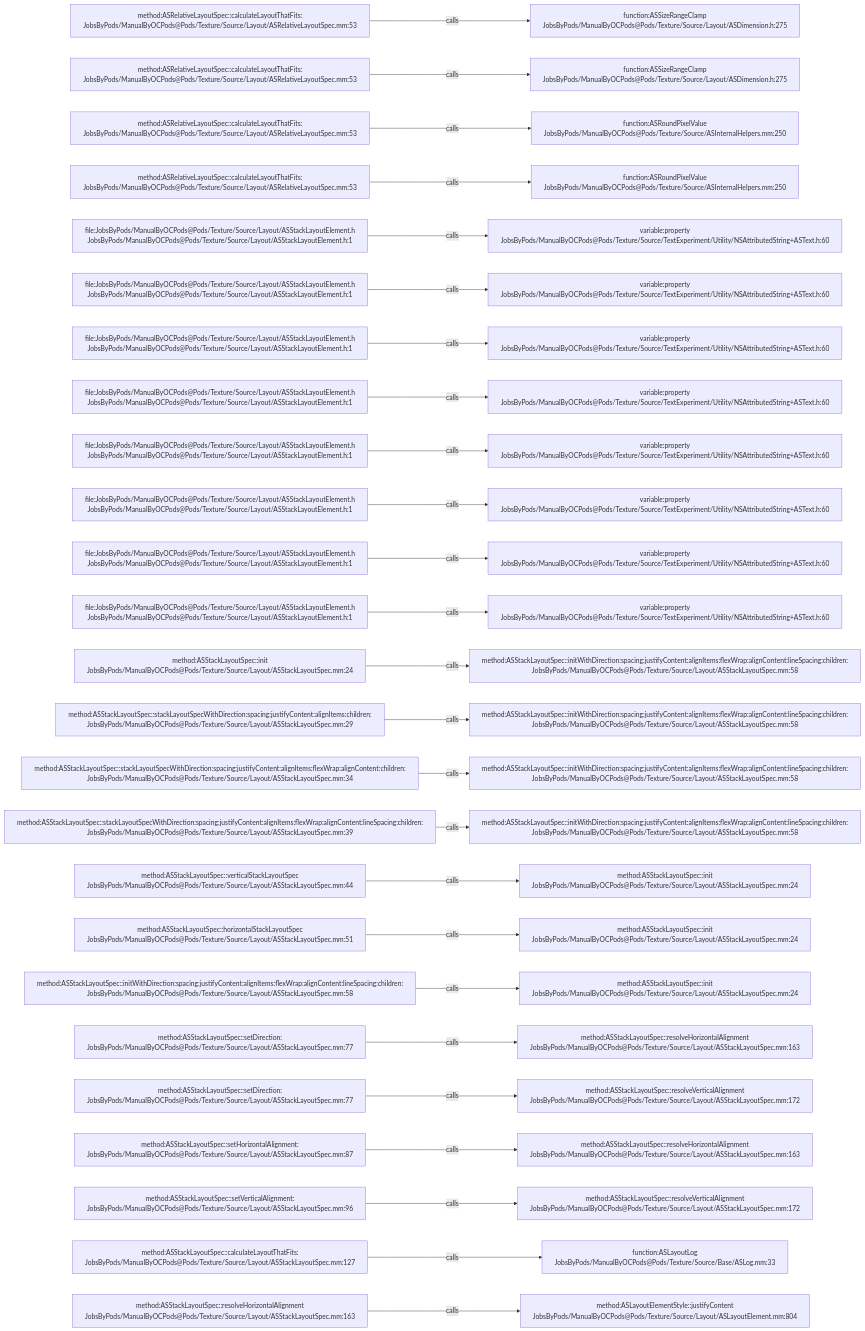
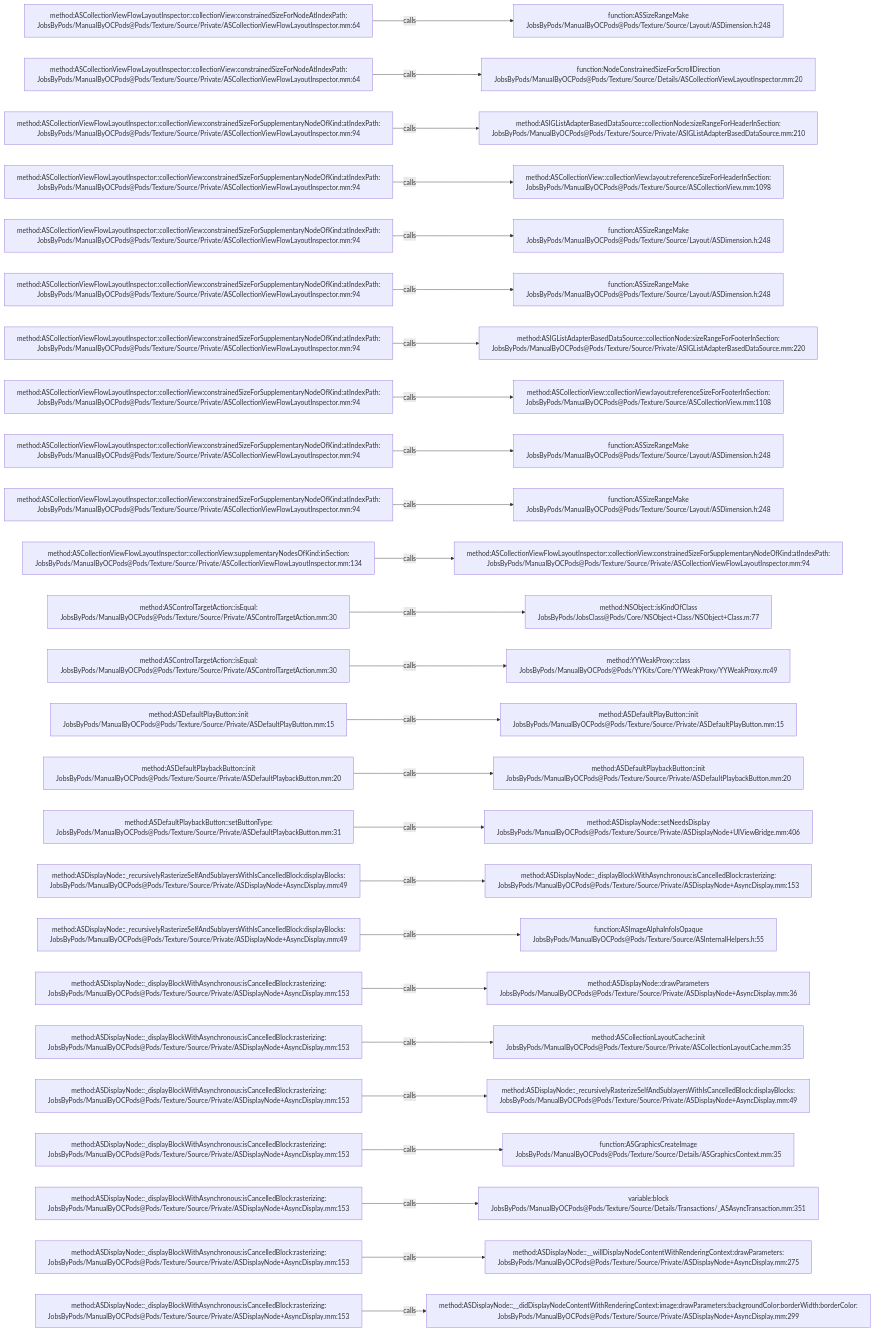
One commit to JobsKits/JobsOCBaseConfigDemo changed the diagram in .codegraph/codegraph.md/graphs/calls-184.md. Above: the diagram before and after it, drawn with Mermaid. The commit also changed 1353 other files, not shown here.

````diff
--- a/.codegraph/codegraph.md/graphs/calls-184.md
+++ b/.codegraph/codegraph.md/graphs/calls-184.md
@@ -13,78 +13,78 @@
 ```mermaid
 flowchart LR
-  S1["method:ASRelativeLayoutSpec::calculateLayoutThatFits:<br/>JobsByPods/ManualByOCPods@Pods/Texture/Source/Layout/ASRelativeLayoutSpec.mm:53"]
-  T1["function:ASSizeRangeClamp<br/>JobsByPods/ManualByOCPods@Pods/Texture/Source/Layout/ASDimension.h:275"]
+  S1["method:ASCollectionViewFlowLayoutInspector::collectionView:constrainedSizeForNodeAtIndexPath:<br/>JobsByPods/ManualByOCPods@Pods/Texture/Source/Private/ASCollectionViewFlowLayoutInspector.mm:64"]
+  T1["function:ASSizeRangeMake<br/>JobsByPods/ManualByOCPods@Pods/Texture/Source/Layout/ASDimension.h:248"]
   S1 -->|calls| T1
-  S2["method:ASRelativeLayoutSpec::calculateLayoutThatFits:<br/>JobsByPods/ManualByOCPods@Pods/Texture/Source/Layout/ASRelativeLayoutSpec.mm:53"]
-  T2["function:ASSizeRangeClamp<br/>JobsByPods/ManualByOCPods@Pods/Texture/Source/Layout/ASDimension.h:275"]
+  S2["method:ASCollectionViewFlowLayoutInspector::collectionView:constrainedSizeForNodeAtIndexPath:<br/>JobsByPods/ManualByOCPods@Pods/Texture/Source/Private/ASCollectionViewFlowLayoutInspector.mm:64"]
+  T2["function:NodeConstrainedSizeForScrollDirection<br/>JobsByPods/ManualByOCPods@Pods/Texture/Source/Details/ASCollectionViewLayoutInspector.mm:20"]
   S2 -->|calls| T2
-  S3["method:ASRelativeLayoutSpec::calculateLayoutThatFits:<br/>JobsByPods/ManualByOCPods@Pods/Texture/Source/Layout/ASRelativeLayoutSpec.mm:53"]
-  T3["function:ASRoundPixelValue<br/>JobsByPods/ManualByOCPods@Pods/Texture/Source/ASInternalHelpers.mm:250"]
+  S3["method:ASCollectionViewFlowLayoutInspector::collectionView:constrainedSizeForSupplementaryNodeOfKind:atIndexPath:<br/>JobsByPods/ManualByOCPods@Pods/Texture/Source/Private/ASCollectionViewFlowLayoutInspector.mm:94"]
+  T3["method:ASIGListAdapterBasedDataSource::collectionNode:sizeRangeForHeaderInSection:<br/>JobsByPods/ManualByOCPods@Pods/Texture/Source/Private/ASIGListAdapterBasedDataSource.mm:210"]
   S3 -->|calls| T3
-  S4["method:ASRelativeLayoutSpec::calculateLayoutThatFits:<br/>JobsByPods/ManualByOCPods@Pods/Texture/Source/Layout/ASRelativeLayoutSpec.mm:53"]
-  T4["function:ASRoundPixelValue<br/>JobsByPods/ManualByOCPods@Pods/Texture/Source/ASInternalHelpers.mm:250"]
+  S4["method:ASCollectionViewFlowLayoutInspector::collectionView:constrainedSizeForSupplementaryNodeOfKind:atIndexPath:<br/>JobsByPods/ManualByOCPods@Pods/Texture/Source/Private/ASCollectionViewFlowLayoutInspector.mm:94"]
+  T4["method:ASCollectionView::collectionView:layout:referenceSizeForHeaderInSection:<br/>JobsByPods/ManualByOCPods@Pods/Texture/Source/ASCollectionView.mm:1098"]
   S4 -->|calls| T4
-  S5["file:JobsByPods/ManualByOCPods@Pods/Texture/Source/Layout/ASStackLayoutElement.h<br/>JobsByPods/ManualByOCPods@Pods/Texture/Source/Layout/ASStackLayoutElement.h:1"]
-  T5["variable:property<br/>JobsByPods/ManualByOCPods@Pods/Texture/Source/TextExperiment/Utility/NSAttributedString+ASText.h:60"]
+  S5["method:ASCollectionViewFlowLayoutInspector::collectionView:constrainedSizeForSupplementaryNodeOfKind:atIndexPath:<br/>JobsByPods/ManualByOCPods@Pods/Texture/Source/Private/ASCollectionViewFlowLayoutInspector.mm:94"]
+  T5["function:ASSizeRangeMake<br/>JobsByPods/ManualByOCPods@Pods/Texture/Source/Layout/ASDimension.h:248"]
   S5 -->|calls| T5
-  S6["file:JobsByPods/ManualByOCPods@Pods/Texture/Source/Layout/ASStackLayoutElement.h<br/>JobsByPods/ManualByOCPods@Pods/Texture/Source/Layout/ASStackLayoutElement.h:1"]
-  T6["variable:property<br/>JobsByPods/ManualByOCPods@Pods/Texture/Source/TextExperiment/Utility/NSAttributedString+ASText.h:60"]
+  S6["method:ASCollectionViewFlowLayoutInspector::collectionView:constrainedSizeForSupplementaryNodeOfKind:atIndexPath:<br/>JobsByPods/ManualByOCPods@Pods/Texture/Source/Private/ASCollectionViewFlowLayoutInspector.mm:94"]
+  T6["function:ASSizeRangeMake<br/>JobsByPods/ManualByOCPods@Pods/Texture/Source/Layout/ASDimension.h:248"]
   S6 -->|calls| T6
-  S7["file:JobsByPods/ManualByOCPods@Pods/Texture/Source/Layout/ASStackLayoutElement.h<br/>JobsByPods/ManualByOCPods@Pods/Texture/Source/Layout/ASStackLayoutElement.h:1"]
-  T7["variable:property<br/>JobsByPods/ManualByOCPods@Pods/Texture/Source/TextExperiment/Utility/NSAttributedString+ASText.h:60"]
+  S7["method:ASCollectionViewFlowLayoutInspector::collectionView:constrainedSizeForSupplementaryNodeOfKind:atIndexPath:<br/>JobsByPods/ManualByOCPods@Pods/Texture/Source/Private/ASCollectionViewFlowLayoutInspector.mm:94"]
+  T7["method:ASIGListAdapterBasedDataSource::collectionNode:sizeRangeForFooterInSection:<br/>JobsByPods/ManualByOCPods@Pods/Texture/Source/Private/ASIGListAdapterBasedDataSource.mm:220"]
   S7 -->|calls| T7
-  S8["file:JobsByPods/ManualByOCPods@Pods/Texture/Source/Layout/ASStackLayoutElement.h<br/>JobsByPods/ManualByOCPods@Pods/Texture/Source/Layout/ASStackLayoutElement.h:1"]
-  T8["variable:property<br/>JobsByPods/ManualByOCPods@Pods/Texture/Source/TextExperiment/Utility/NSAttributedString+ASText.h:60"]
+  S8["method:ASCollectionViewFlowLayoutInspector::collectionView:constrainedSizeForSupplementaryNodeOfKind:atIndexPath:<br/>JobsByPods/ManualByOCPods@Pods/Texture/Source/Private/ASCollectionViewFlowLayoutInspector.mm:94"]
+  T8["method:ASCollectionView::collectionView:layout:referenceSizeForFooterInSection:<br/>JobsByPods/ManualByOCPods@Pods/Texture/Source/ASCollectionView.mm:1108"]
   S8 -->|calls| T8
-  S9["file:JobsByPods/ManualByOCPods@Pods/Texture/Source/Layout/ASStackLayoutElement.h<br/>JobsByPods/ManualByOCPods@Pods/Texture/Source/Layout/ASStackLayoutElement.h:1"]
-  T9["variable:property<br/>JobsByPods/ManualByOCPods@Pods/Texture/Source/TextExperiment/Utility/NSAttributedString+ASText.h:60"]
+  S9["method:ASCollectionViewFlowLayoutInspector::collectionView:constrainedSizeForSupplementaryNodeOfKind:atIndexPath:<br/>JobsByPods/ManualByOCPods@Pods/Texture/Source/Private/ASCollectionViewFlowLayoutInspector.mm:94"]
+  T9["function:ASSizeRangeMake<br/>JobsByPods/ManualByOCPods@Pods/Texture/Source/Layout/ASDimension.h:248"]
   S9 -->|calls| T9
-  S10["file:JobsByPods/ManualByOCPods@Pods/Texture/Source/Layout/ASStackLayoutElement.h<br/>JobsByPods/ManualByOCPods@Pods/Texture/Source/Layout/ASStackLayoutElement.h:1"]
-  T10["variable:property<br/>JobsByPods/ManualByOCPods@Pods/Texture/Source/TextExperiment/Utility/NSAttributedString+ASText.h:60"]
+  S10["method:ASCollectionViewFlowLayoutInspector::collectionView:constrainedSizeForSupplementaryNodeOfKind:atIndexPath:<br/>JobsByPods/ManualByOCPods@Pods/Texture/Source/Private/ASCollectionViewFlowLayoutInspector.mm:94"]
+  T10["function:ASSizeRangeMake<br/>JobsByPods/ManualByOCPods@Pods/Texture/Source/Layout/ASDimension.h:248"]
   S10 -->|calls| T10
-  S11["file:JobsByPods/ManualByOCPods@Pods/Texture/Source/Layout/ASStackLayoutElement.h<br/>JobsByPods/ManualByOCPods@Pods/Texture/Source/Layout/ASStackLayoutElement.h:1"]
-  T11["variable:property<br/>JobsByPods/ManualByOCPods@Pods/Texture/Source/TextExperiment/Utility/NSAttributedString+ASText.h:60"]
+  S11["method:ASCollectionViewFlowLayoutInspector::collectionView:supplementaryNodesOfKind:inSection:<br/>JobsByPods/ManualByOCPods@Pods/Texture/Source/Private/ASCollectionViewFlowLayoutInspector.mm:134"]
+  T11["method:ASCollectionViewFlowLayoutInspector::collectionView:constrainedSizeForSupplementaryNodeOfKind:atIndexPath:<br/>JobsByPods/ManualByOCPods@Pods/Texture/Source/Private/ASCollectionViewFlowLayoutInspector.mm:94"]
   S11 -->|calls| T11
-  S12["file:JobsByPods/ManualByOCPods@Pods/Texture/Source/Layout/ASStackLayoutElement.h<br/>JobsByPods/ManualByOCPods@Pods/Texture/Source/Layout/ASStackLayoutElement.h:1"]
-  T12["variable:property<br/>JobsByPods/ManualByOCPods@Pods/Texture/Source/TextExperiment/Utility/NSAttributedString+ASText.h:60"]
+  S12["method:ASControlTargetAction::isEqual:<br/>JobsByPods/ManualByOCPods@Pods/Texture/Source/Private/ASControlTargetAction.mm:30"]
+  T12["method:NSObject::isKindOfClass<br/>JobsByPods/JobsClass@Pods/Core/NSObject+Class/NSObject+Class.m:77"]
   S12 -->|calls| T12
-  S13["method:ASStackLayoutSpec::init<br/>JobsByPods/ManualByOCPods@Pods/Texture/Source/Layout/ASStackLayoutSpec.mm:24"]
-  T13["method:ASStackLayoutSpec::initWithDirection:spacing:justifyContent:alignItems:flexWrap:alignContent:lineSpacing:children:<br/>JobsByPods/ManualByOCPods@Pods/Texture/Source/Layout/ASStackLayoutSpec.mm:58"]
+  S13["method:ASControlTargetAction::isEqual:<br/>JobsByPods/ManualByOCPods@Pods/Texture/Source/Private/ASControlTargetAction.mm:30"]
+  T13["method:YYWeakProxy::class<br/>JobsByPods/ManualByOCPods@Pods/YYKits/Core/YYWeakProxy/YYWeakProxy.m:49"]
   S13 -->|calls| T13
-  S14["method:ASStackLayoutSpec::stackLayoutSpecWithDirection:spacing:justifyContent:alignItems:children:<br/>JobsByPods/ManualByOCPods@Pods/Texture/Source/Layout/ASStackLayoutSpec.mm:29"]
-  T14["method:ASStackLayoutSpec::initWithDirection:spacing:justifyContent:alignItems:flexWrap:alignContent:lineSpacing:children:<br/>JobsByPods/ManualByOCPods@Pods/Texture/Source/Layout/ASStackLayoutSpec.mm:58"]
+  S14["method:ASDefaultPlayButton::init<br/>JobsByPods/ManualByOCPods@Pods/Texture/Source/Private/ASDefaultPlayButton.mm:15"]
+  T14["method:ASDefaultPlayButton::init<br/>JobsByPods/ManualByOCPods@Pods/Texture/Source/Private/ASDefaultPlayButton.mm:15"]
   S14 -->|calls| T14
-  S15["method:ASStackLayoutSpec::stackLayoutSpecWithDirection:spacing:justifyContent:alignItems:flexWrap:alignContent:children:<br/>JobsByPods/ManualByOCPods@Pods/Texture/Source/Layout/ASStackLayoutSpec.mm:34"]
-  T15["method:ASStackLayoutSpec::initWithDirection:spacing:justifyContent:alignItems:flexWrap:alignContent:lineSpacing:children:<br/>JobsByPods/ManualByOCPods@Pods/Texture/Source/Layout/ASStackLayoutSpec.mm:58"]
+  S15["method:ASDefaultPlaybackButton::init<br/>JobsByPods/ManualByOCPods@Pods/Texture/Source/Private/ASDefaultPlaybackButton.mm:20"]
+  T15["method:ASDefaultPlaybackButton::init<br/>JobsByPods/ManualByOCPods@Pods/Texture/Source/Private/ASDefaultPlaybackButton.mm:20"]
   S15 -->|calls| T15
-  S16["method:ASStackLayoutSpec::stackLayoutSpecWithDirection:spacing:justifyContent:alignItems:flexWrap:alignContent:lineSpacing:children:<br/>JobsByPods/ManualByOCPods@Pods/Texture/Source/Layout/ASStackLayoutSpec.mm:39"]
-  T16["method:ASStackLayoutSpec::initWithDirection:spacing:justifyContent:alignItems:flexWrap:alignContent:lineSpacing:children:<br/>JobsByPods/ManualByOCPods@Pods/Texture/Source/Layout/ASStackLayoutSpec.mm:58"]
+  S16["method:ASDefaultPlaybackButton::setButtonType:<br/>JobsByPods/ManualByOCPods@Pods/Texture/Source/Private/ASDefaultPlaybackButton.mm:31"]
+  T16["method:ASDisplayNode::setNeedsDisplay<br/>JobsByPods/ManualByOCPods@Pods/Texture/Source/Private/ASDisplayNode+UIViewBridge.mm:406"]
   S16 -->|calls| T16
-  S17["method:ASStackLayoutSpec::verticalStackLayoutSpec<br/>JobsByPods/ManualByOCPods@Pods/Texture/Source/Layout/ASStackLayoutSpec.mm:44"]
-  T17["method:ASStackLayoutSpec::init<br/>JobsByPods/ManualByOCPods@Pods/Texture/Source/Layout/ASStackLayoutSpec.mm:24"]
+  S17["method:ASDisplayNode::_recursivelyRasterizeSelfAndSublayersWithIsCancelledBlock:displayBlocks:<br/>JobsByPods/ManualByOCPods@Pods/Texture/Source/Private/ASDisplayNode+AsyncDisplay.mm:49"]
+  T17["method:ASDisplayNode::_displayBlockWithAsynchronous:isCancelledBlock:rasterizing:<br/>JobsByPods/ManualByOCPods@Pods/Texture/Source/Private/ASDisplayNode+AsyncDisplay.mm:153"]
   S17 -->|calls| T17
-  S18["method:ASStackLayoutSpec::horizontalStackLayoutSpec<br/>JobsByPods/ManualByOCPods@Pods/Texture/Source/Layout/ASStackLayoutSpec.mm:51"]
-  T18["method:ASStackLayoutSpec::init<br/>JobsByPods/ManualByOCPods@Pods/Texture/Source/Layout/ASStackLayoutSpec.mm:24"]
+  S18["method:ASDisplayNode::_recursivelyRasterizeSelfAndSublayersWithIsCancelledBlock:displayBlocks:<br/>JobsByPods/ManualByOCPods@Pods/Texture/Source/Private/ASDisplayNode+AsyncDisplay.mm:49"]
+  T18["function:ASImageAlphaInfoIsOpaque<br/>JobsByPods/ManualByOCPods@Pods/Texture/Source/ASInternalHelpers.h:55"]
   S18 -->|calls| T18
-  S19["method:ASStackLayoutSpec::initWithDirection:spacing:justifyContent:alignItems:flexWrap:alignContent:lineSpacing:children:<br/>JobsByPods/ManualByOCPods@Pods/Texture/Source/Layout/ASStackLayoutSpec.mm:58"]
-  T19["method:ASStackLayoutSpec::init<br/>JobsByPods/ManualByOCPods@Pods/Texture/Source/Layout/ASStackLayoutSpec.mm:24"]
+  S19["method:ASDisplayNode::_displayBlockWithAsynchronous:isCancelledBlock:rasterizing:<br/>JobsByPods/ManualByOCPods@Pods/Texture/Source/Private/ASDisplayNode+AsyncDisplay.mm:153"]
+  T19["method:ASDisplayNode::drawParameters<br/>JobsByPods/ManualByOCPods@Pods/Texture/Source/Private/ASDisplayNode+AsyncDisplay.mm:36"]
   S19 -->|calls| T19
-  S20["method:ASStackLayoutSpec::setDirection:<br/>JobsByPods/ManualByOCPods@Pods/Texture/Source/Layout/ASStackLayoutSpec.mm:77"]
-  T20["method:ASStackLayoutSpec::resolveHorizontalAlignment<br/>JobsByPods/ManualByOCPods@Pods/Texture/Source/Layout/ASStackLayoutSpec.mm:163"]
+  S20["method:ASDisplayNode::_displayBlockWithAsynchronous:isCancelledBlock:rasterizing:<br/>JobsByPods/ManualByOCPods@Pods/Texture/Source/Private/ASDisplayNode+AsyncDisplay.mm:153"]
+  T20["method:ASCollectionLayoutCache::init<br/>JobsByPods/ManualByOCPods@Pods/Texture/Source/Private/ASCollectionLayoutCache.mm:35"]
   S20 -->|calls| T20
-  S21["method:ASStackLayoutSpec::setDirection:<br/>JobsByPods/ManualByOCPods@Pods/Texture/Source/Layout/ASStackLayoutSpec.mm:77"]
-  T21["method:ASStackLayoutSpec::resolveVerticalAlignment<br/>JobsByPods/ManualByOCPods@Pods/Texture/Source/Layout/ASStackLayoutSpec.mm:172"]
+  S21["method:ASDisplayNode::_displayBlockWithAsynchronous:isCancelledBlock:rasterizing:<br/>JobsByPods/ManualByOCPods@Pods/Texture/Source/Private/ASDisplayNode+AsyncDisplay.mm:153"]
+  T21["method:ASDisplayNode::_recursivelyRasterizeSelfAndSublayersWithIsCancelledBlock:displayBlocks:<br/>JobsByPods/ManualByOCPods@Pods/Texture/Source/Private/ASDisplayNode+AsyncDisplay.mm:49"]
   S21 -->|calls| T21
-  S22["method:ASStackLayoutSpec::setHorizontalAlignment:<br/>JobsByPods/ManualByOCPods@Pods/Texture/Source/Layout/ASStackLayoutSpec.mm:87"]
-  T22["method:ASStackLayoutSpec::resolveHorizontalAlignment<br/>JobsByPods/ManualByOCPods@Pods/Texture/Source/Layout/ASStackLayoutSpec.mm:163"]
+  S22["method:ASDisplayNode::_displayBlockWithAsynchronous:isCancelledBlock:rasterizing:<br/>JobsByPods/ManualByOCPods@Pods/Texture/Source/Private/ASDisplayNode+AsyncDisplay.mm:153"]
+  T22["function:ASGraphicsCreateImage<br/>JobsByPods/ManualByOCPods@Pods/Texture/Source/Details/ASGraphicsContext.mm:35"]
   S22 -->|calls| T22
-  S23["method:ASStackLayoutSpec::setVerticalAlignment:<br/>JobsByPods/ManualByOCPods@Pods/Texture/Source/Layout/ASStackLayoutSpec.mm:96"]
-  T23["method:ASStackLayoutSpec::resolveVerticalAlignment<br/>JobsByPods/ManualByOCPods@Pods/Texture/Source/Layout/ASStackLayoutSpec.mm:172"]
+  S23["method:ASDisplayNode::_displayBlockWithAsynchronous:isCancelledBlock:rasterizing:<br/>JobsByPods/ManualByOCPods@Pods/Texture/Source/Private/ASDisplayNode+AsyncDisplay.mm:153"]
+  T23["variable:block<br/>JobsByPods/ManualByOCPods@Pods/Texture/Source/Details/Transactions/_ASAsyncTransaction.mm:351"]
   S23 -->|calls| T23
-  S24["method:ASStackLayoutSpec::calculateLayoutThatFits:<br/>JobsByPods/ManualByOCPods@Pods/Texture/Source/Layout/ASStackLayoutSpec.mm:127"]
-  T24["function:ASLayoutLog<br/>JobsByPods/ManualByOCPods@Pods/Texture/Source/Base/ASLog.mm:33"]
+  S24["method:ASDisplayNode::_displayBlockWithAsynchronous:isCancelledBlock:rasterizing:<br/>JobsByPods/ManualByOCPods@Pods/Texture/Source/Private/ASDisplayNode+AsyncDisplay.mm:153"]
+  T24["method:ASDisplayNode::__willDisplayNodeContentWithRenderingContext:drawParameters:<br/>JobsByPods/ManualByOCPods@Pods/Texture/Source/Private/ASDisplayNode+AsyncDisplay.mm:275"]
   S24 -->|calls| T24
-  S25["method:ASStackLayoutSpec::resolveHorizontalAlignment<br/>JobsByPods/ManualByOCPods@Pods/Texture/Source/Layout/ASStackLayoutSpec.mm:163"]
-  T25["method:ASLayoutElementStyle::justifyContent<br/>JobsByPods/ManualByOCPods@Pods/Texture/Source/Layout/ASLayoutElement.mm:804"]
+  S25["method:ASDisplayNode::_displayBlockWithAsynchronous:isCancelledBlock:rasterizing:<br/>JobsByPods/ManualByOCPods@Pods/Texture/Source/Private/ASDisplayNode+AsyncDisplay.mm:153"]
+  T25["method:ASDisplayNode::__didDisplayNodeContentWithRenderingContext:image:drawParameters:backgroundColor:borderWidth:borderColor:<br/>JobsByPods/ManualByOCPods@Pods/Texture/Source/Private/ASDisplayNode+AsyncDisplay.mm:299"]
   S25 -->|calls| T25
 ```
````
